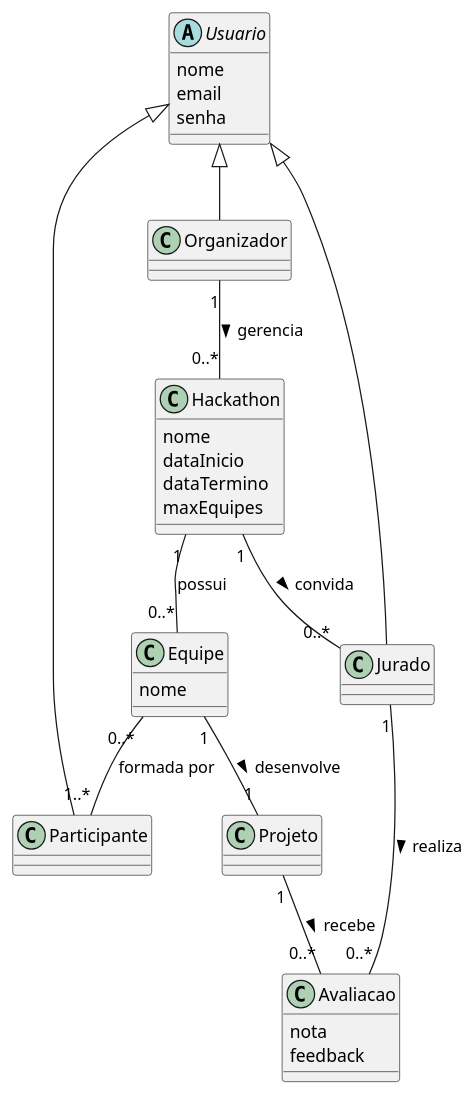
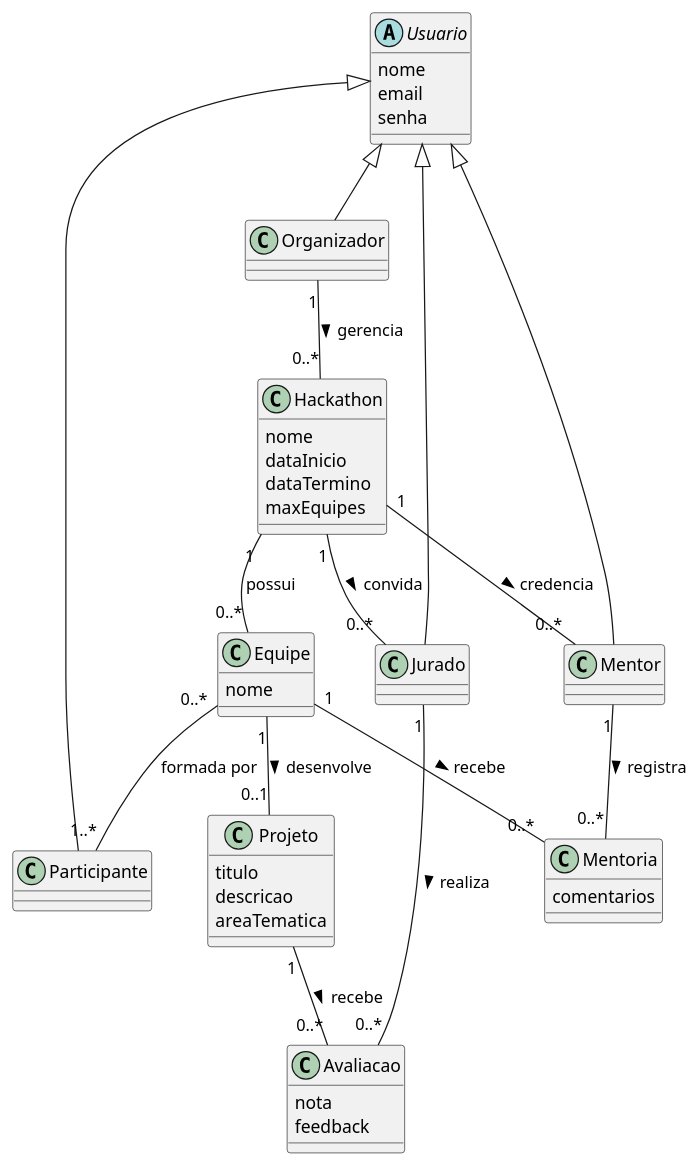
One commit to papatrock/es-hackathon changed the diagram in diagramas/classes.puml. Above: the diagram before and after it, drawn with PlantUML. The commit also changed 1 other file, not shown here.

```diff
--- a/diagramas/classes.puml
+++ b/diagramas/classes.puml
@@ -1,46 +1,61 @@
 @startuml Diagrama de Classes Conceituais
 
 skinparam classAttributeIconSize 0
 
 abstract class Usuario {
     nome
     email
     senha
 }
 
 class Organizador extends Usuario
 
 class Hackathon {
     nome
     dataInicio
     dataTermino
     maxEquipes
 }
 
 class Equipe {
     nome
 }
 
 class Participante extends Usuario
 
 class Projeto {
+    titulo
+    descricao
+    areaTematica
+}
+
+class Mentor extends Usuario {
+}
+
+class Mentoria {
+    comentarios
 }
 
 class Jurado extends Usuario {
 }
 
 class Avaliacao {
     nota
     feedback
 }
 
 Hackathon "1" -- "0..*" Equipe : possui
 Equipe "0..*" -- "1..*" Participante : formada por
-Equipe "1" -- "1" Projeto : desenvolve >
+Equipe "1" -- "0..1" Projeto : desenvolve >
+
+Mentor "1" -- "0..*" Mentoria : registra >
+Hackathon "1" -- "0..*" Mentor : credencia >
+
+Equipe "1" -- "0..*" Mentoria : recebe >
 
 Jurado "1" -- "0..*" Avaliacao : realiza >
 Projeto "1" -- "0..*" Avaliacao : recebe >
 Hackathon "1" -- "0..*" Jurado : convida >
 Organizador "1" -- "0..*" Hackathon : gerencia >
 
 @enduml
```
